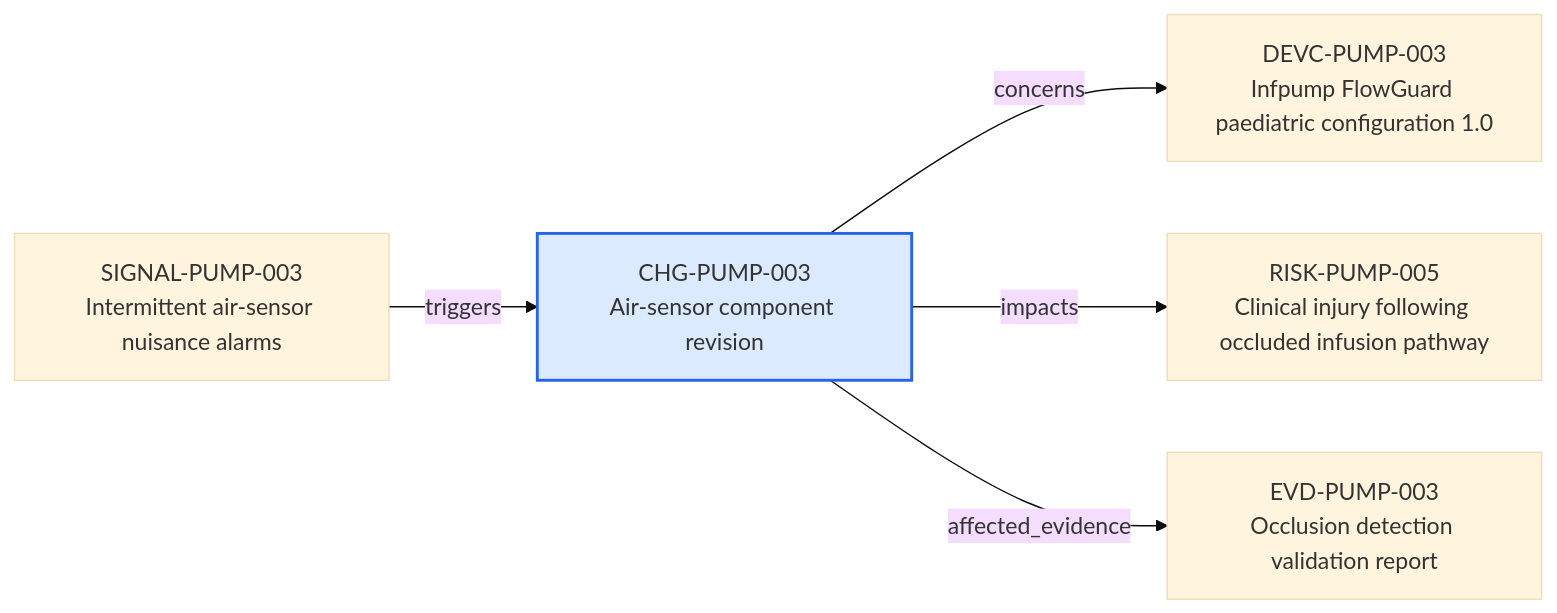
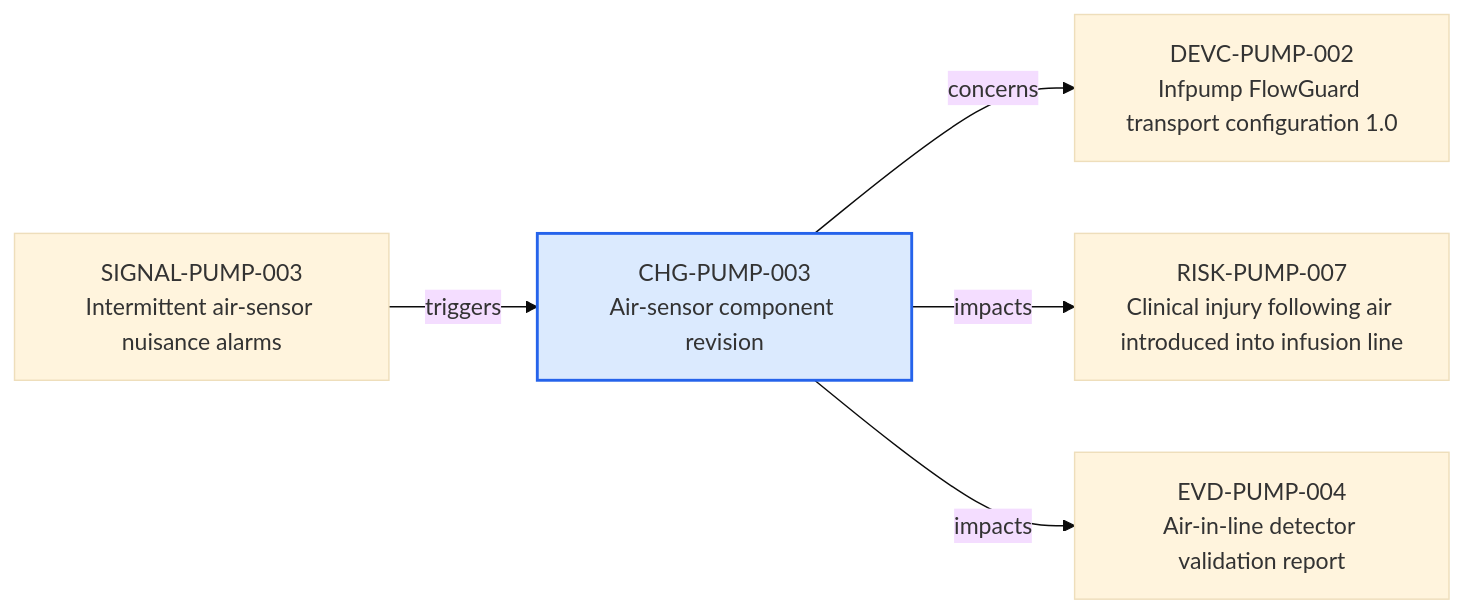
One commit to mvattulainen/mdrontology changed the diagram in content/06-Infpump FlowGuard ontology notes/change/CHG-PUMP-003-air-sensor-component-revision.md. Above: the diagram before and after it, drawn with Mermaid (base theme). The commit also changed other lines of this file and 321 other files, not shown here.

Commit message:
Implement Mermaid ontology audit findings

````diff
--- a/content/06-Infpump FlowGuard ontology notes/change/CHG-PUMP-003-air-sensor-component-revision.md
+++ b/content/06-Infpump FlowGuard ontology notes/change/CHG-PUMP-003-air-sensor-component-revision.md
@@ -81,14 +80,14 @@
 ```mermaid
 flowchart LR
   CURRENT["CHG-PUMP-003<br/>Air-sensor component revision"]
   PREV0["SIGNAL-PUMP-003<br/>Intermittent air-sensor nuisance alarms"]
   PREV0 -->|"triggers"| CURRENT
-  NEXT0["DEVC-PUMP-003<br/>Infpump FlowGuard paediatric configuration 1.0"]
+  NEXT0["DEVC-PUMP-002<br/>Infpump FlowGuard transport configuration 1.0"]
   CURRENT -->|"concerns"| NEXT0
-  NEXT1["RISK-PUMP-005<br/>Clinical injury following occluded infusion pathway"]
+  NEXT1["RISK-PUMP-007<br/>Clinical injury following air introduced into infusion line"]
   CURRENT -->|"impacts"| NEXT1
-  NEXT2["EVD-PUMP-003<br/>Occlusion detection validation report"]
-  CURRENT -->|"affected_evidence"| NEXT2
+  NEXT2["EVD-PUMP-004<br/>Air-in-line detector validation report"]
+  CURRENT -->|"impacts"| NEXT2
   classDef current fill:#dbeafe,stroke:#2563eb,stroke-width:2px
   class CURRENT current
 ```
````
